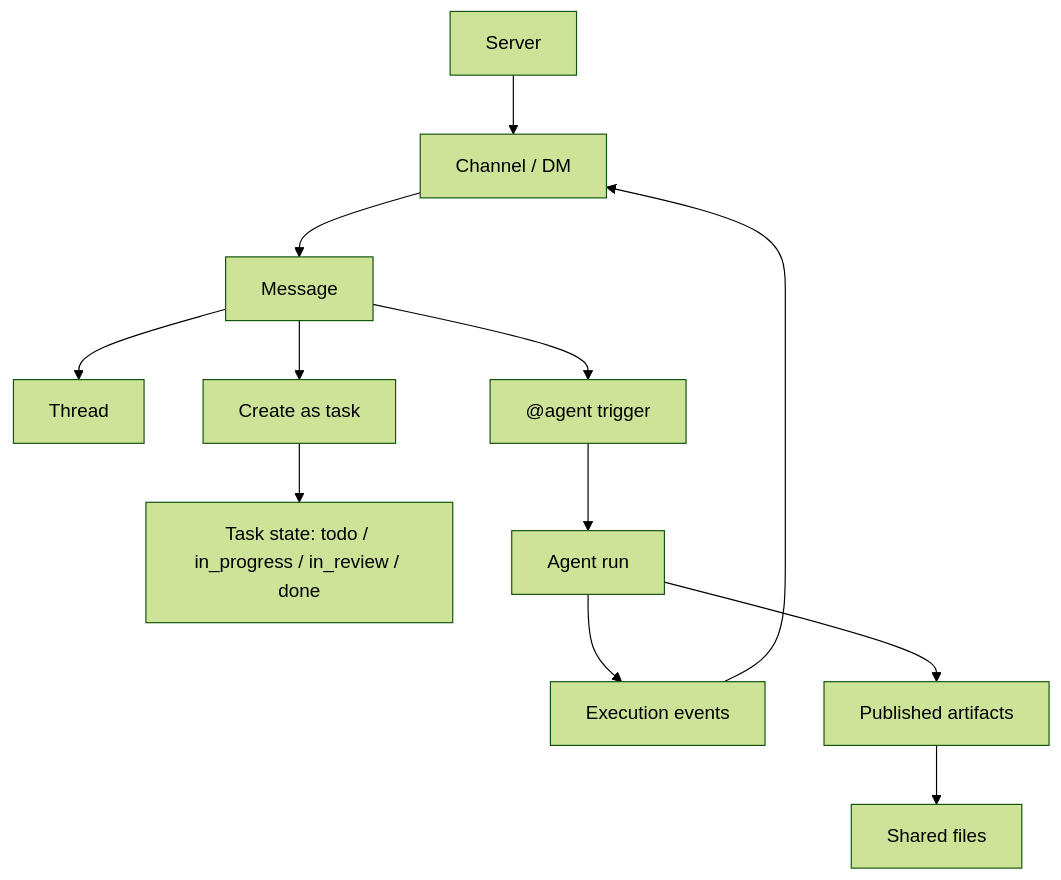
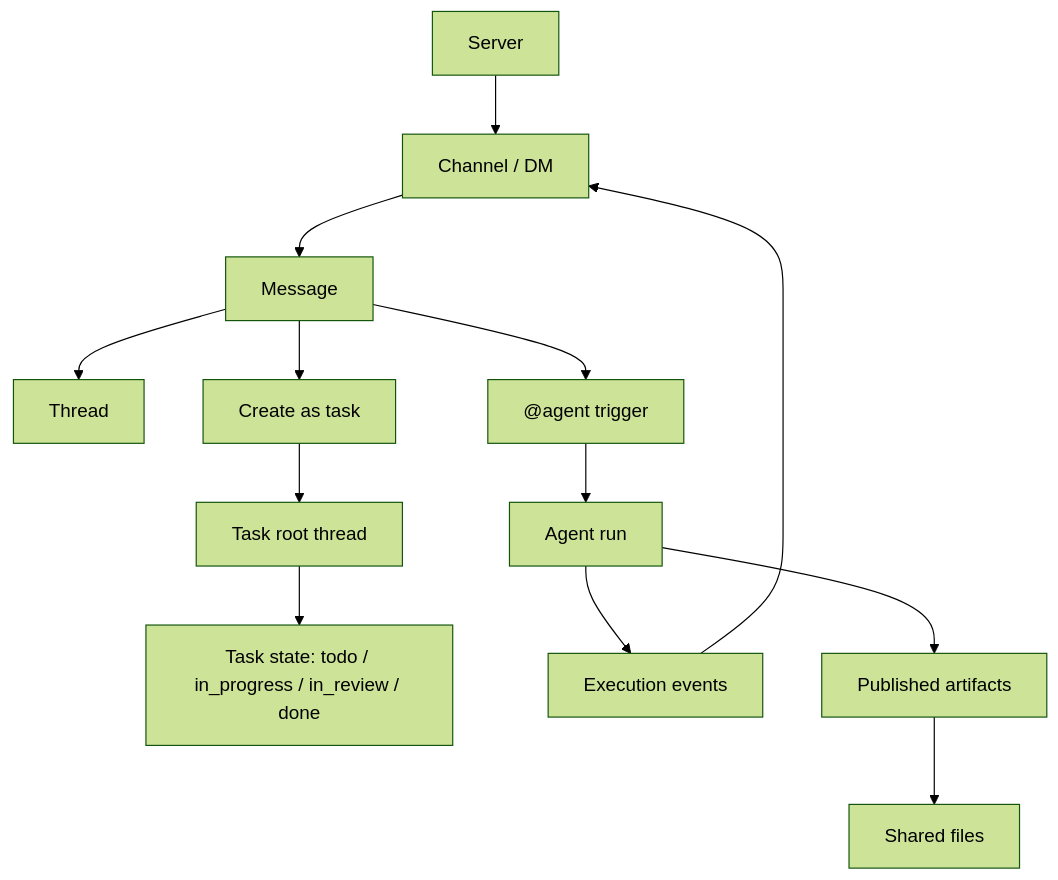
One commit to ffy6511/poco-docs-vercel changed the diagram in content/docs/en/features/server-collaboration/index.mdx. Above: the diagram before and after it, drawn with Mermaid (forest theme). The commit also changed other lines of this file and 3 other files, not shown here.

````diff
--- a/content/docs/en/features/server-collaboration/index.mdx
+++ b/content/docs/en/features/server-collaboration/index.mdx
@@ -12,14 +12,15 @@
 ```mermaid
 flowchart TD
     A["Server"] --> B["Channel / DM"]
     B --> C["Message"]
     C --> D["Thread"]
     C --> E["Create as task"]
     C --> F["@agent trigger"]
-    E --> G["Task state: todo / in_progress / in_review / done"]
+    E --> G["Task root thread"]
+    G --> L["Task state: todo / in_progress / in_review / done"]
     F --> H["Agent run"]
     H --> I["Execution events"]
     H --> J["Published artifacts"]
     I --> B
     J --> K["Shared files"]
 ```
````
